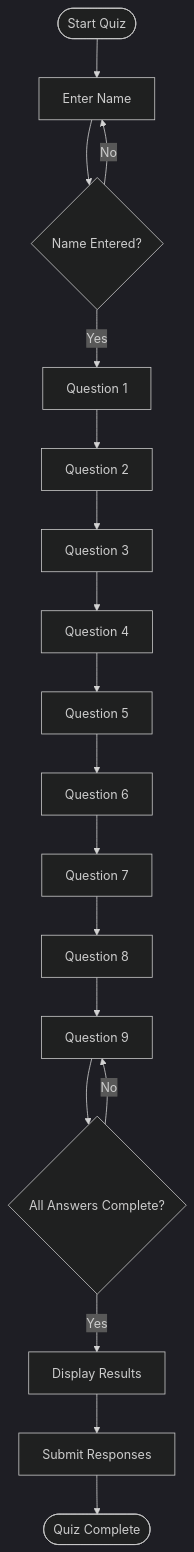
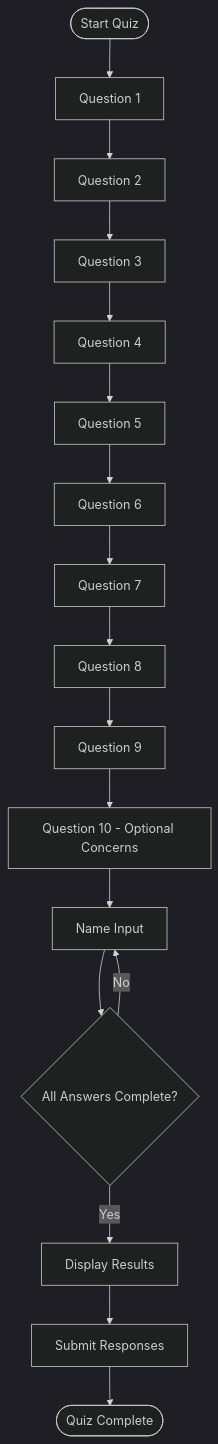
The third of 6 diagrams in .qoder/repowiki/en/content/Frontend Architecture/Quiz Interface.md (lommaks777/alena), drawn with Mermaid (dark theme) before and after one commit. The commit also changed other lines of this file and 19 other files, not shown here.

````diff
--- a/.qoder/repowiki/en/content/Frontend Architecture/Quiz Interface.md
+++ b/.qoder/repowiki/en/content/Frontend Architecture/Quiz Interface.md
@@ -83,20 +96,19 @@
 ```mermaid
 flowchart TD
-Start([Start Quiz]) --> Q0[Enter Name]
-Q0 --> ValidateName{"Name Entered?"}
-ValidateName --> |No| Q0
-ValidateName --> |Yes| Q1[Question 1]
+Start([Start Quiz]) --> Q1[Question 1]
 Q1 --> Q2[Question 2]
 Q2 --> Q3[Question 3]
 Q3 --> Q4[Question 4]
 Q4 --> Q5[Question 5]
 Q5 --> Q6[Question 6]
 Q6 --> Q7[Question 7]
 Q7 --> Q8[Question 8]
 Q8 --> Q9[Question 9]
-Q9 --> ValidateAll{"All Answers Complete?"}
-ValidateAll --> |No| Q9
+Q9 --> Q10[Question 10 - Optional Concerns]
+Q10 --> Q11[Name Input]
+Q11 --> ValidateAll{"All Answers Complete?"}
+ValidateAll --> |No| Q11
 ValidateAll --> |Yes| ShowResults[Display Results]
 ShowResults --> Submit[Submit Responses]
 Submit --> Complete([Quiz Complete])
 ```
````
